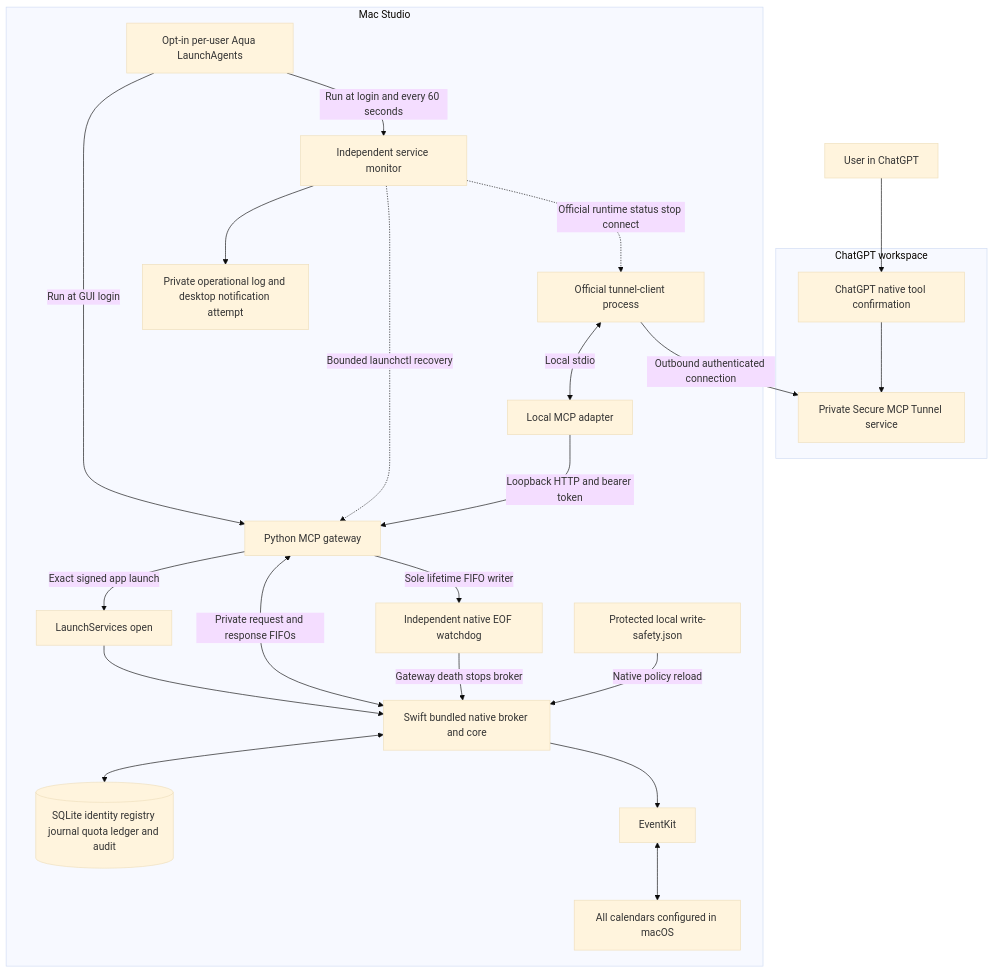
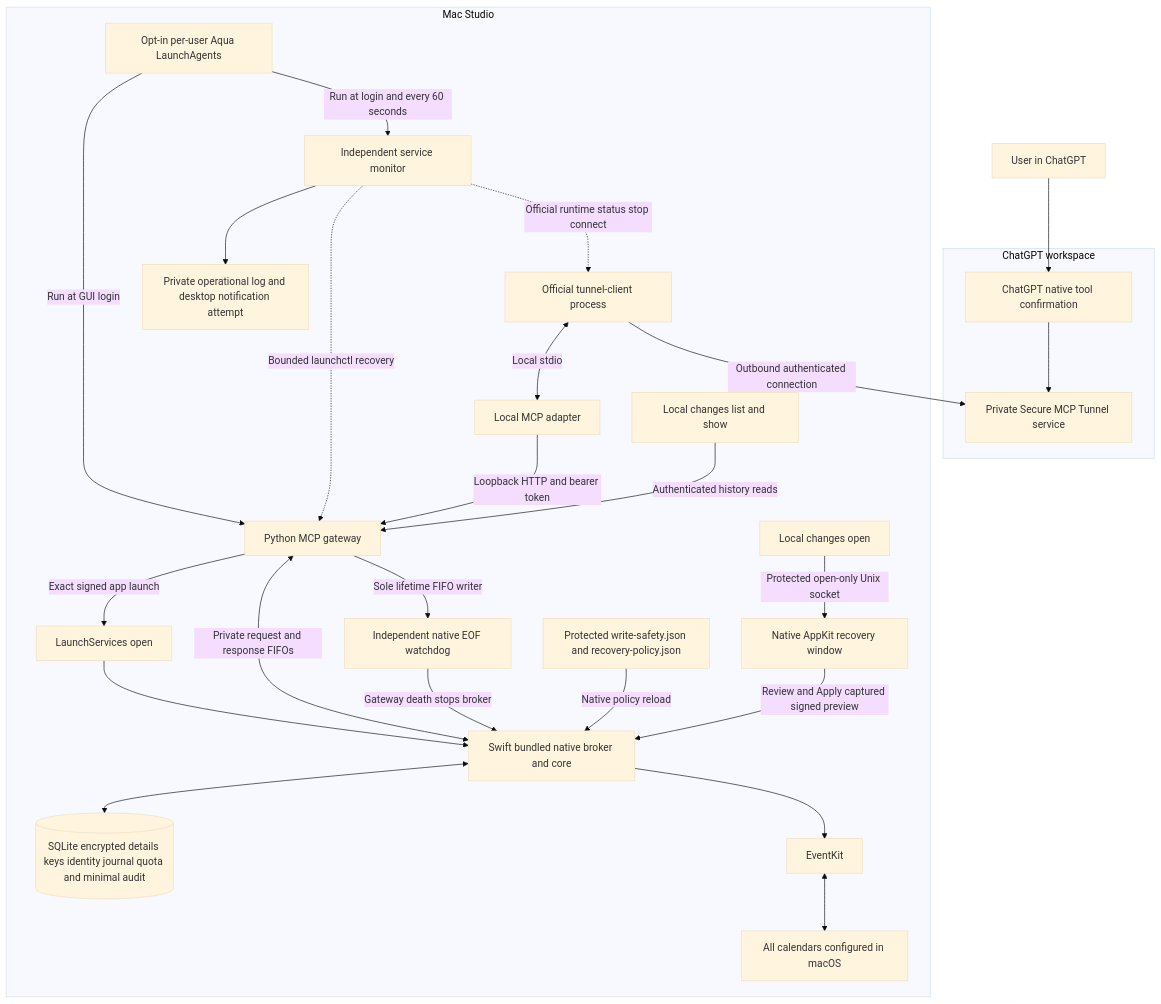
One commit to rmilkowski/icloud-calendar-mcp changed the first of 3 diagrams in docs/architecture.md. Above: the diagram before and after it, drawn with Mermaid (base theme). The commit also changed other lines of this file and 23 other files, not shown here.

````diff
--- a/docs/architecture.md
+++ b/docs/architecture.md
@@ -28,26 +33,29 @@
 ```mermaid
 flowchart TB
     U[User in ChatGPT] --> C[ChatGPT native tool confirmation]
     subgraph Cloud[ChatGPT workspace]
         C --> T[Private Secure MCP Tunnel service]
     end
     subgraph Mac[Mac Studio]
         LD[Opt-in per-user Aqua LaunchAgents] -->|Run at GUI login| G
         LD -->|Run at login and every 60 seconds| M[Independent service monitor]
         M -.->|Bounded launchctl recovery| G
         M -.->|Official runtime status stop connect| TC
         M --> N[Private operational log and desktop notification attempt]
         TC[Official tunnel-client process] -->|Outbound authenticated connection| T
         TC <-->|Local stdio| A[Local MCP adapter]
         A -->|Loopback HTTP and bearer token| G[Python MCP gateway]
         G -->|Exact signed app launch| L[LaunchServices open]
         L --> B[Swift bundled native broker and core]
         G <-->|Private request and response FIFOs| B
         G -->|Sole lifetime FIFO writer| W[Independent native EOF watchdog]
         W -->|Gateway death stops broker| B
-        P[Protected local write-safety.json] -->|Native policy reload| B
-        B <--> D[(SQLite identity registry journal quota ledger and audit)]
+        P[Protected write-safety.json and recovery-policy.json] -->|Native policy reload| B
+        CLI[Local changes list and show] -->|Authenticated history reads| G
+        OPEN[Local changes open] -->|Protected open-only Unix socket| UI[Native AppKit recovery window]
+        UI -->|Review and Apply captured signed preview| B
+        B <--> D[(SQLite encrypted details keys identity journal quota and minimal audit)]
         B --> E[EventKit]
         E <--> K[All calendars configured in macOS]
     end
 ```
````
